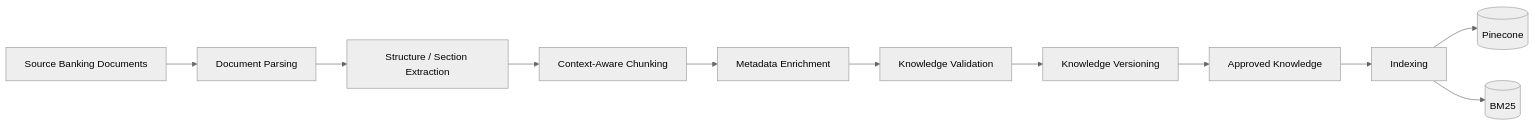
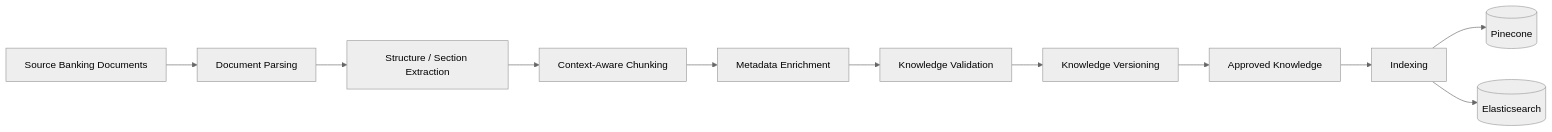
Diagram 14 of 33 in docs/ARCHITECTURE.md (AdithyaGopakumar/Advanced-RAG-Banking), drawn with Mermaid (neutral theme) before and after one commit. The commit also changed other lines of this file and 8 other files, not shown here.

````diff
--- a/docs/ARCHITECTURE.md
+++ b/docs/ARCHITECTURE.md
@@ -608,15 +607,15 @@
 ``` mermaid
 flowchart LR
     Sources["Source Banking Documents"]
     Sources --> Parse["Document Parsing"]
     Parse --> Structure["Structure / Section Extraction"]
     Structure --> Chunk["Context-Aware Chunking"]
     Chunk --> Metadata["Metadata Enrichment"]
     Metadata --> Validate["Knowledge Validation"]
     Validate --> Version["Knowledge Versioning"]
     Version --> Publish["Approved Knowledge"]
     Publish --> Index["Indexing"]
 
     Index --> Pinecone[("Pinecone")]
-    Index --> BM25[("BM25")]
+    Index --> Elasticsearch[("Elasticsearch")]
 ```
````
